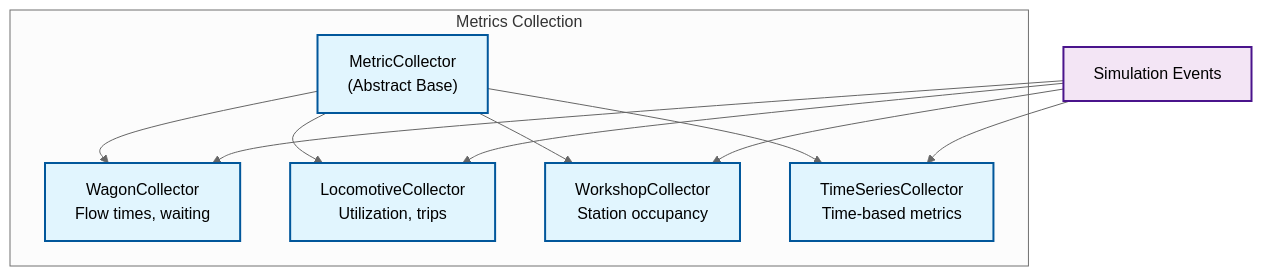
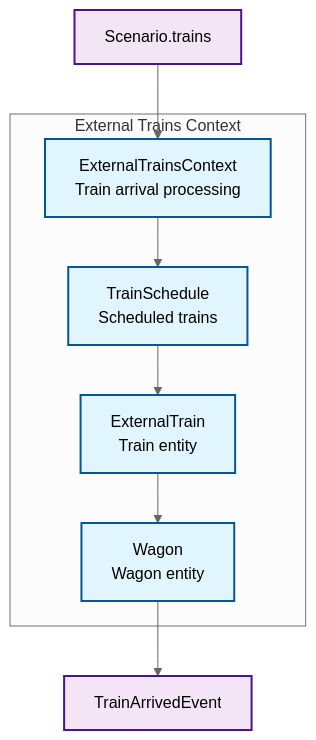
The sixth of 6 diagrams in docs/mvp/architecture/05-building-blocks.md (OpenRailAssociation/dac-migration-dss-popupsim), drawn with Mermaid (neutral theme) before and after one commit. The commit also changed other lines of this file and 197 other files, not shown here.

````diff
--- a/docs/mvp/architecture/05-building-blocks.md
+++ b/docs/mvp/architecture/05-building-blocks.md
@@ -632,26 +275,21 @@
 ```mermaid
 graph TB
-    subgraph "Metrics Collection"
-        Base["MetricCollector<br/>(Abstract Base)"]
-        Wagon["WagonCollector<br/>Flow times, waiting"]
-        Loco["LocomotiveCollector<br/>Utilization, trips"]
-        Workshop["WorkshopCollector<br/>Station occupancy"]
-        TimeSeries["TimeSeriesCollector<br/>Time-based metrics"]
+    subgraph "External Trains Context"
+        Context["ExternalTrainsContext<br/>Train arrival processing"]
+        Schedule["TrainSchedule<br/>Scheduled trains"]
+        Train["ExternalTrain<br/>Train entity"]
+        Wagon["Wagon<br/>Wagon entity"]
     end
-
-    Base --> Wagon
-    Base --> Loco
-    Base --> Workshop
-    Base --> TimeSeries
-
-    SimEvents[Simulation Events] --> Wagon
-    SimEvents --> Loco
-    SimEvents --> Workshop
-    SimEvents --> TimeSeries
-
+    
+    Scenario["Scenario.trains"] --> Context
+    Context --> Schedule
+    Schedule --> Train
+    Train --> Wagon
+    Wagon --> Event["TrainArrivedEvent"]
+    
     classDef component fill:#e1f5fe,stroke:#01579b,stroke-width:2px
     classDef external fill:#f3e5f5,stroke:#4a148c,stroke-width:2px
-
-    class Base,Wagon,Loco,Workshop,TimeSeries component
-    class SimEvents external
+    
+    class Context,Schedule,Train,Wagon component
+    class Scenario,Event external
 ```
````
